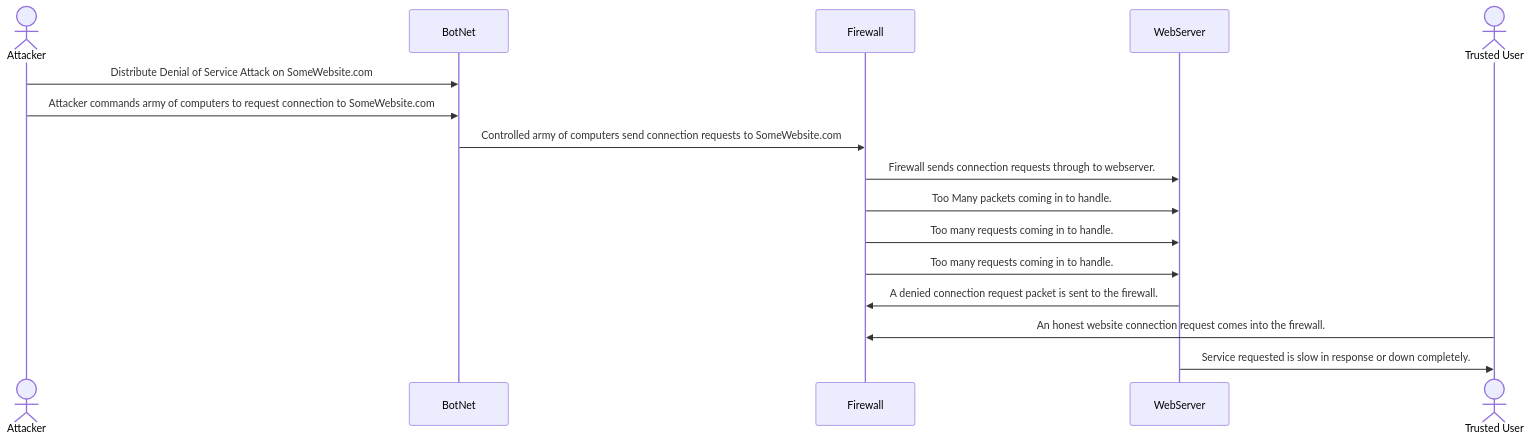
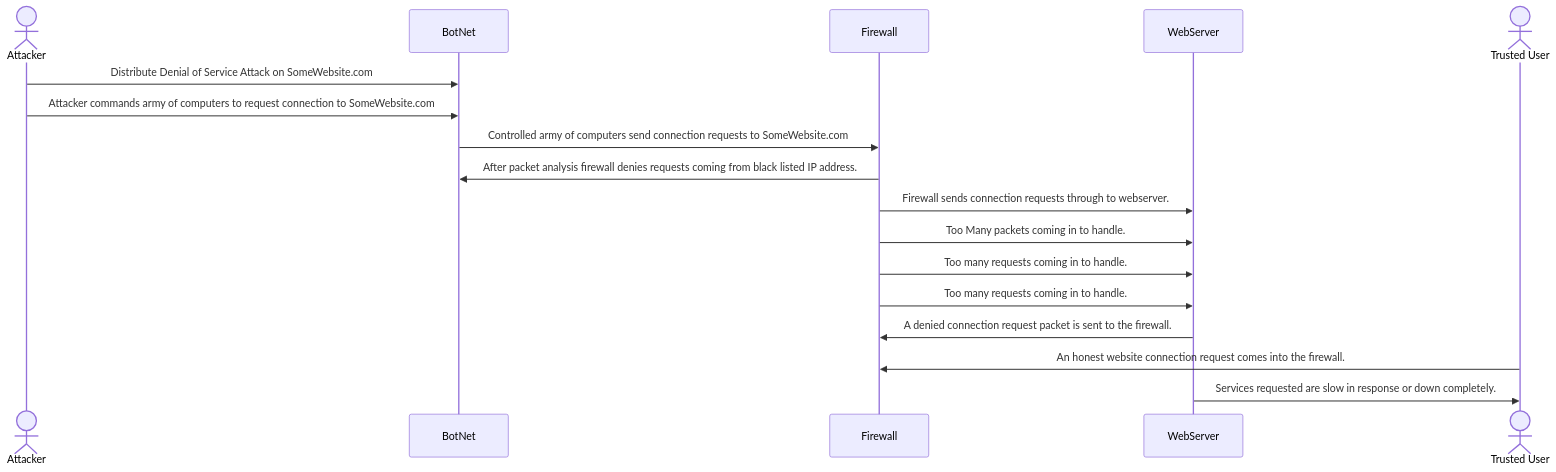
The diagram in DDoS_Attack_Sequence.md (Langston6954/Langston6954.github.io), drawn with Mermaid before and after one commit.

Commit message:
Update DDoS_Attack_Sequence.md
Updated.

````diff
--- a/DDoS_Attack_Sequence.md
+++ b/DDoS_Attack_Sequence.md
@@ -1,26 +1,27 @@
 ```mermaid
 sequenceDiagram
   actor Attacker
   participant BotNet
   participant Firewall
   participant WebServer
   actor Trusted User
   Attacker->>BotNet: Distribute Denial of Service Attack on SomeWebsite.com
   Attacker->>BotNet: Attacker commands army of computers to request connection to SomeWebsite.com
   BotNet->>Firewall: Controlled army of computers send connection requests to SomeWebsite.com
+  Firewall->>BotNet: After packet analysis firewall denies requests coming from black listed IP address.
   Firewall->>WebServer: Firewall sends connection requests through to webserver.
   Firewall->>WebServer: Too Many packets coming in to handle.
   Firewall->>WebServer: Too many requests coming in to handle.
   Firewall->>WebServer: Too many requests coming in to handle.
   WebServer->>Firewall: A denied connection request packet is sent to the firewall.
   Trusted User->>Firewall: An honest website connection request comes into the firewall.
-  WebServer->>Trusted User: Service requested is slow in response or down completely.
+  WebServer->>Trusted User: Services requested are slow in response or down completely.
 
 
 
 
 
 
 
 
 ```
````
